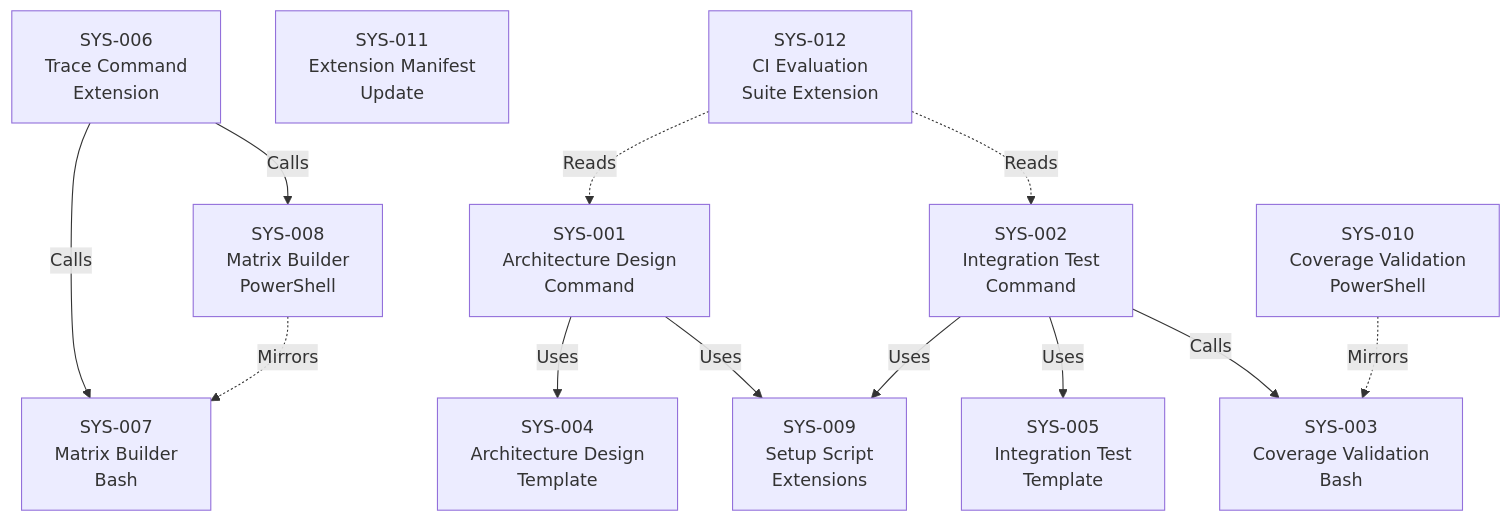
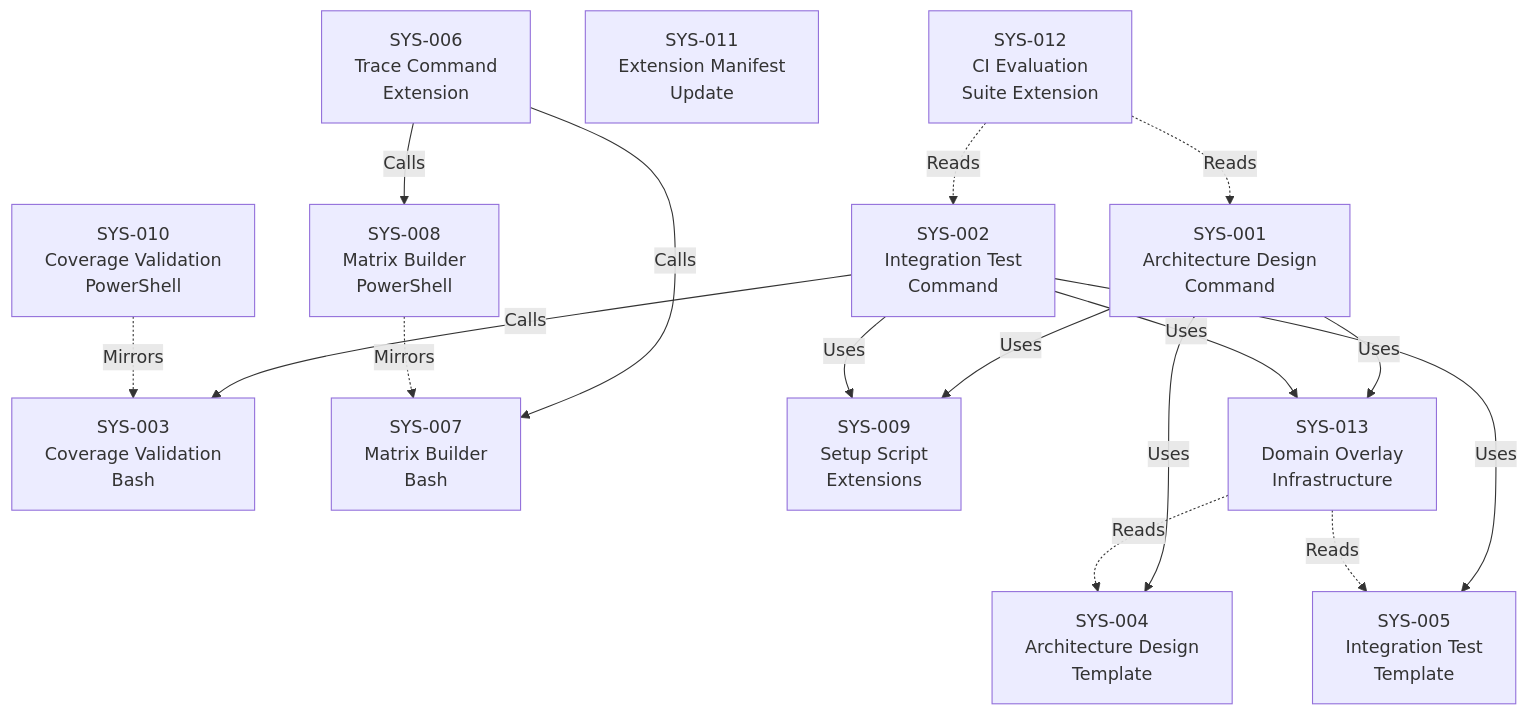
The diagram in .specify/extensions/v-model/specs/003-architecture-integration/v-model/system-design.md (the-sous-chef/KitchenSink), drawn with Mermaid before and after one commit. The commit also changed other lines of this file and 951 other files, not shown here.

````diff
--- a/.specify/extensions/v-model/specs/003-architecture-integration/v-model/system-design.md
+++ b/.specify/extensions/v-model/specs/003-architecture-integration/v-model/system-design.md
@@ -53,27 +69,32 @@
 ```mermaid
 graph TD
     SYS-001[SYS-001<br>Architecture Design<br>Command]
     SYS-002[SYS-002<br>Integration Test<br>Command]
     SYS-003[SYS-003<br>Coverage Validation<br>Bash]
     SYS-004[SYS-004<br>Architecture Design<br>Template]
     SYS-005[SYS-005<br>Integration Test<br>Template]
     SYS-006[SYS-006<br>Trace Command<br>Extension]
     SYS-007[SYS-007<br>Matrix Builder<br>Bash]
     SYS-008[SYS-008<br>Matrix Builder<br>PowerShell]
     SYS-009[SYS-009<br>Setup Script<br>Extensions]
     SYS-010[SYS-010<br>Coverage Validation<br>PowerShell]
     SYS-011[SYS-011<br>Extension Manifest<br>Update]
     SYS-012[SYS-012<br>CI Evaluation<br>Suite Extension]
+    SYS-013[SYS-013<br>Domain Overlay<br>Infrastructure]
 
     SYS-001 -->|Uses| SYS-004
     SYS-001 -->|Uses| SYS-009
+    SYS-001 -->|Uses| SYS-013
     SYS-002 -->|Uses| SYS-005
     SYS-002 -->|Calls| SYS-003
     SYS-002 -->|Uses| SYS-009
+    SYS-002 -->|Uses| SYS-013
     SYS-006 -->|Calls| SYS-007
     SYS-006 -->|Calls| SYS-008
     SYS-010 -.->|Mirrors| SYS-003
     SYS-008 -.->|Mirrors| SYS-007
     SYS-012 -.->|Reads| SYS-001
     SYS-012 -.->|Reads| SYS-002
+    SYS-013 -.->|Reads| SYS-004
+    SYS-013 -.->|Reads| SYS-005
 ```
````
